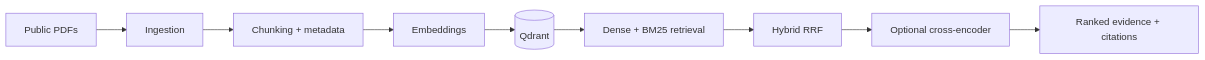
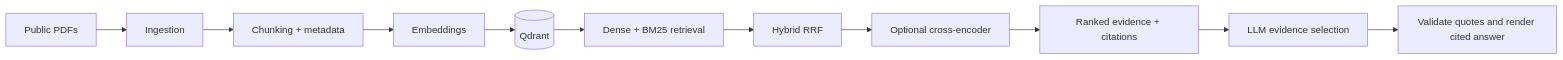
The diagram in README.md (MayankYadav-ds/enterprise-rag-agent), drawn with Mermaid before and after one commit. The commit also changed other lines of this file and 15 other files, not shown here.

Commit message:
feat(generation): add evidence-grounded answer generation

````diff
--- a/README.md
+++ b/README.md
@@ -26,11 +27,13 @@
 ```mermaid
 flowchart LR
     D[Public PDFs] --> I[Ingestion]
     I --> C[Chunking + metadata]
     C --> E[Embeddings]
     E --> Q[(Qdrant)]
     Q --> R[Dense + BM25 retrieval]
     R --> F[Hybrid RRF]
     F --> X[Optional cross-encoder]
     X --> H[Ranked evidence + citations]
+    H --> G[LLM evidence selection]
+    G --> V[Validate quotes and render cited answer]
 ```
````
